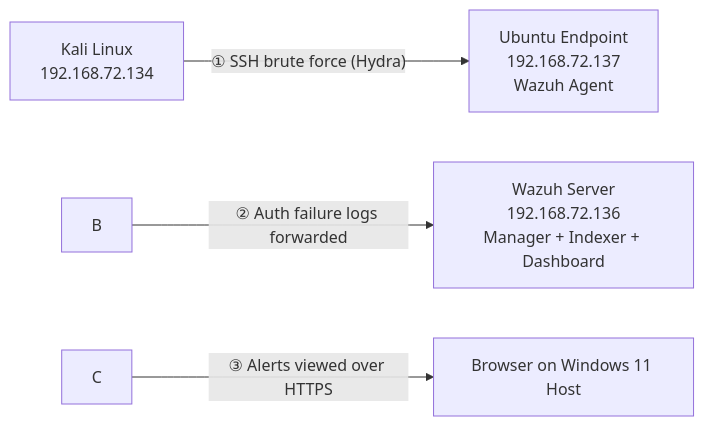
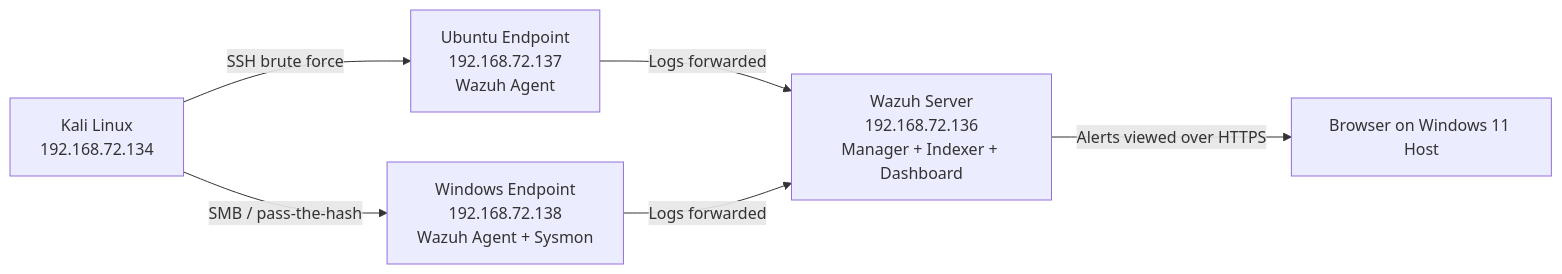
Before and after one commit to Alpha1ne/soc-lab-wazuh-elk: the diagram in README.md, drawn with Mermaid. The commit also changed other lines of this file and 4 other files, not shown here.

Commit message:
Add Phase 2: Windows endpoint with Sysmon, SMB attack detection

````diff
--- a/README.md
+++ b/README.md
@@ -32,6 +32,8 @@
 ```mermaid
 flowchart LR
-    A\[Kali Linux<br/>192.168.72.134] -- "① SSH brute force (Hydra)" --> B\[Ubuntu Endpoint<br/>192.168.72.137<br/>Wazuh Agent]
-    B -- "② Auth failure logs forwarded" --> C\[Wazuh Server<br/>192.168.72.136<br/>Manager + Indexer + Dashboard]
-    C -- "③ Alerts viewed over HTTPS" --> D\[Browser on Windows 11 Host]
+    A[Kali Linux<br/>192.168.72.134] -- "SSH brute force" --> B[Ubuntu Endpoint<br/>192.168.72.137<br/>Wazuh Agent]
+    A -- "SMB / pass-the-hash" --> E[Windows Endpoint<br/>192.168.72.138<br/>Wazuh Agent + Sysmon]
+    B -- "Logs forwarded" --> C[Wazuh Server<br/>192.168.72.136<br/>Manager + Indexer + Dashboard]
+    E -- "Logs forwarded" --> C
+    C -- "Alerts viewed over HTTPS" --> D[Browser on Windows 11 Host]
 ```
````
